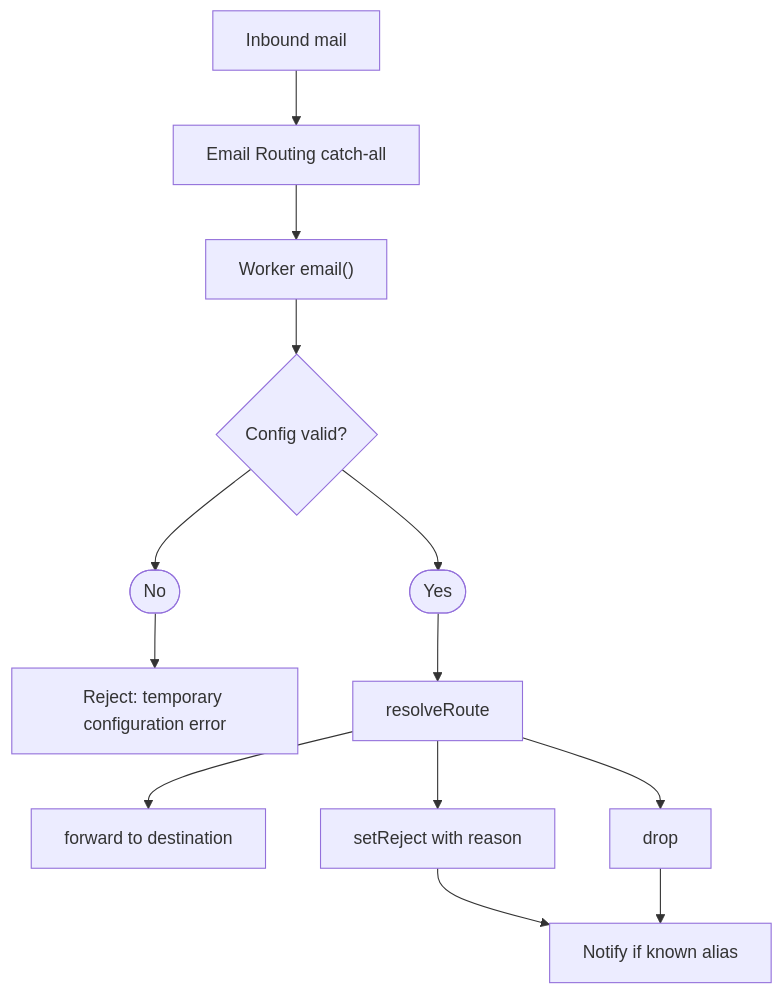
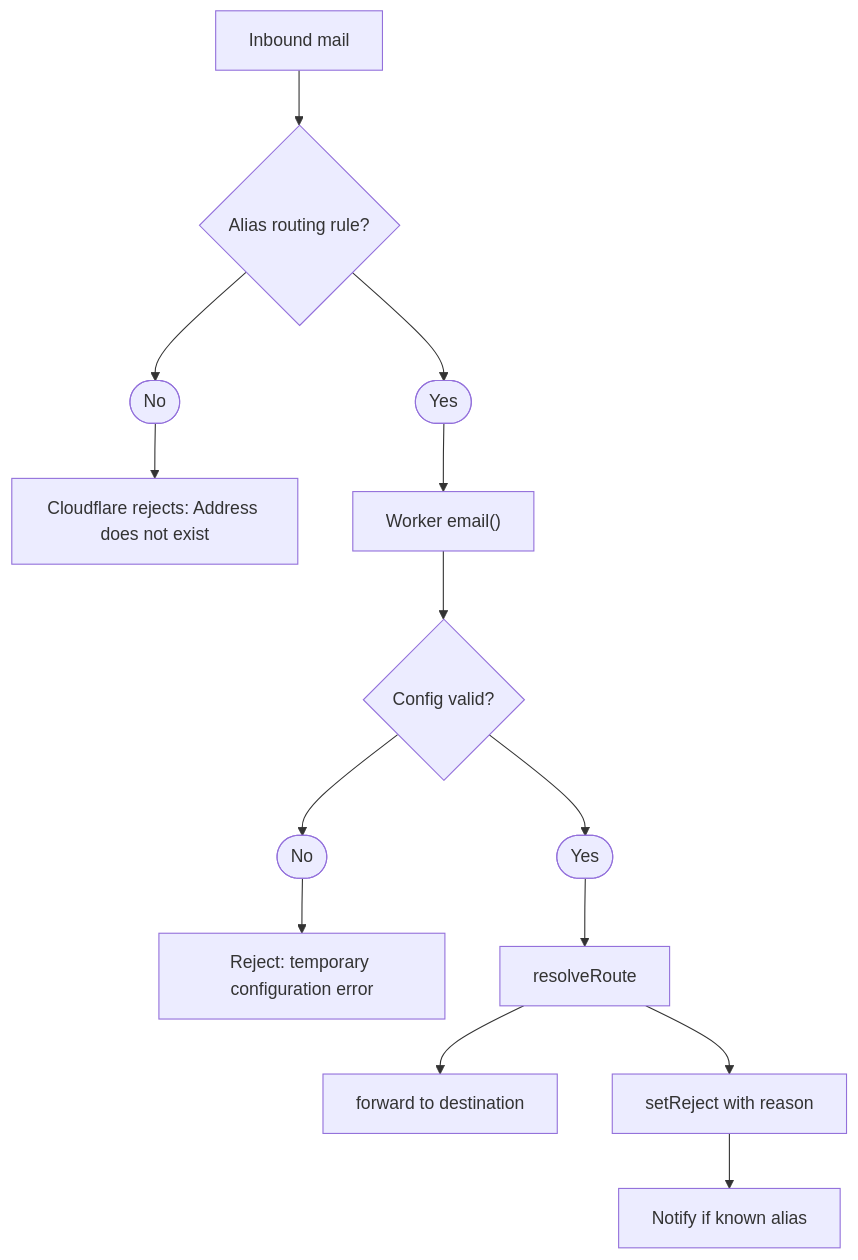
Before and after one commit to cbnventures/mailmask: the first of 2 diagrams in apps/docs/docs/reference/architecture.mdx, drawn with Mermaid. The commit also changed other lines of this file and 65 other files, not shown here.

Commit message:
Route mail with one rule per alias, attach the base domain and www, and support subdomain base domains

````diff
--- a/apps/docs/docs/reference/architecture.mdx
+++ b/apps/docs/docs/reference/architecture.mdx
@@ -36,13 +36,12 @@
 ```mermaid
 flowchart TD
-    Mail[Inbound mail] --> CatchAll[Email Routing catch-all]
-    CatchAll --> Entry["Worker email()"]
+    Mail[Inbound mail] --> Rule{Alias routing rule?}
+    Rule --> NoRule([No]):::muted --> CloudflareReject[Cloudflare rejects: Address does not exist]
+    Rule --> HasRule([Yes]):::muted --> Entry["Worker email()"]
     Entry --> Valid{Config valid?}
     Valid --> Invalid([No]):::muted --> TempReject[Reject: temporary configuration error]
     Valid --> Ok([Yes]):::muted --> Resolve[resolveRoute]
     Resolve --> Forward[forward to destination]
     Resolve --> Reject[setReject with reason]
-    Resolve --> Drop[drop]
     Reject --> Notify[Notify if known alias]
-    Drop --> Notify
 ```
````
